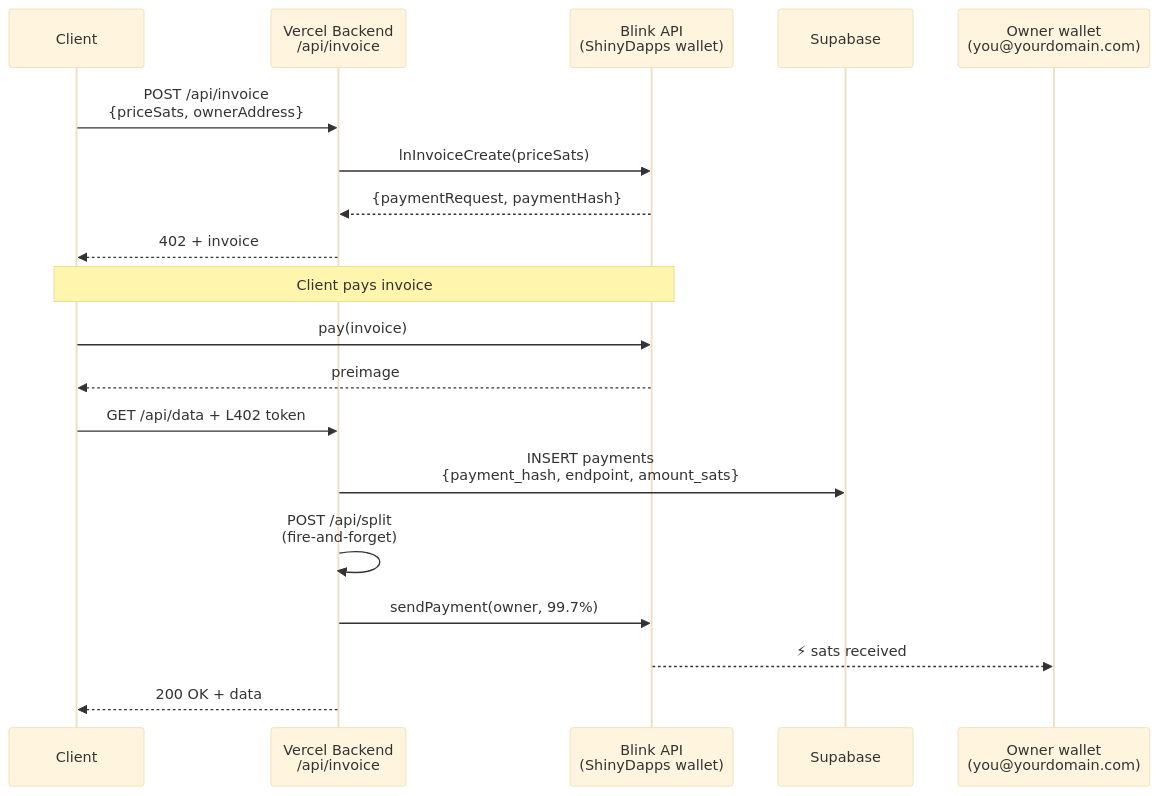
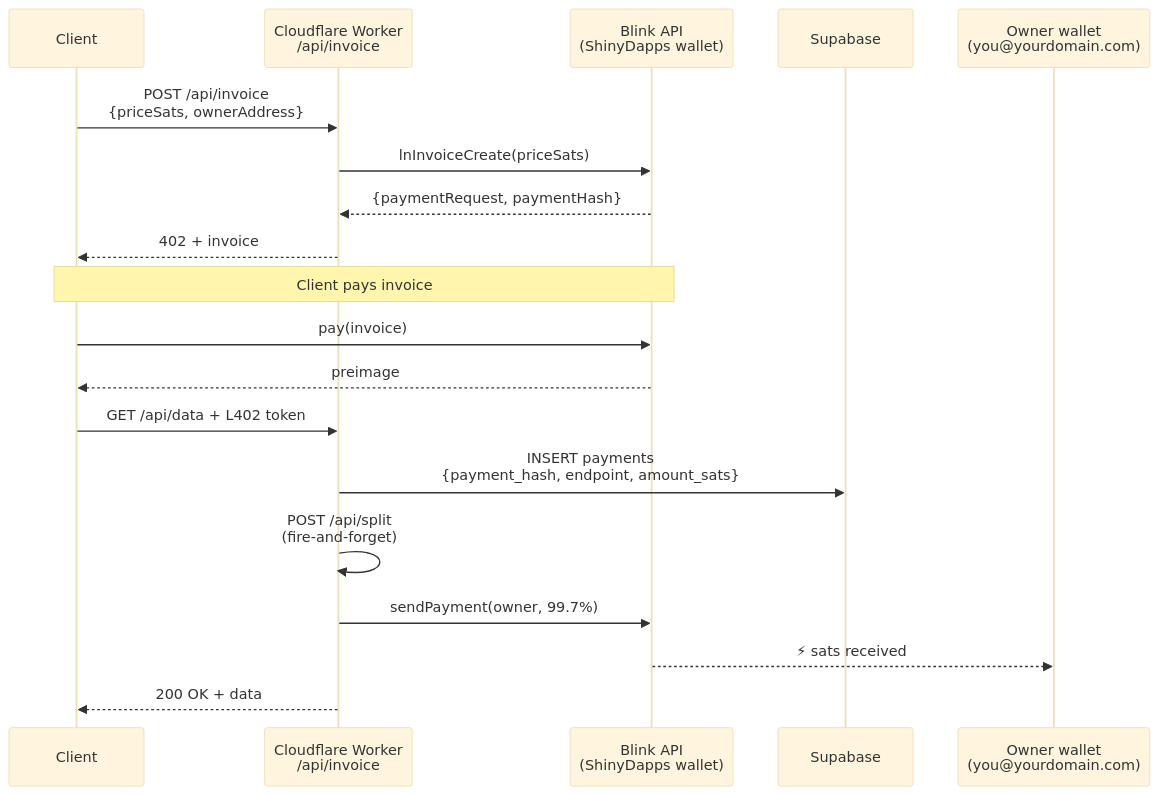
The third of 8 diagrams in docs/guides/flows.mdx (ShinyDapps/l402-kit), drawn with Mermaid (base theme) before and after one commit. The commit also changed other lines of this file and 40 other files, not shown here.

First line of the commit message:
chore: remove all Vercel references — 100% Cloudflare

````diff
--- a/docs/guides/flows.mdx
+++ b/docs/guides/flows.mdx
@@ -52,24 +52,24 @@
 ```mermaid
 sequenceDiagram
     participant C as Client
-    participant V as Vercel Backend<br/>/api/invoice
+    participant V as Cloudflare Worker<br/>/api/invoice
     participant B as Blink API<br/>(ShinyDapps wallet)
     participant S as Supabase
     participant O as Owner wallet<br/>(you@yourdomain.com)
 
     C->>V: POST /api/invoice<br/>{priceSats, ownerAddress}
     V->>B: lnInvoiceCreate(priceSats)
     B-->>V: {paymentRequest, paymentHash}
     V-->>C: 402 + invoice
 
     Note over C,B: Client pays invoice
     C->>B: pay(invoice)
     B-->>C: preimage
 
     C->>V: GET /api/data + L402 token
     V->>S: INSERT payments<br/>{payment_hash, endpoint, amount_sats}
     V->>V: POST /api/split<br/>(fire-and-forget)
     V->>B: sendPayment(owner, 99.7%)
     B-->>O: ⚡ sats received
     V-->>C: 200 OK + data
 ```
````
